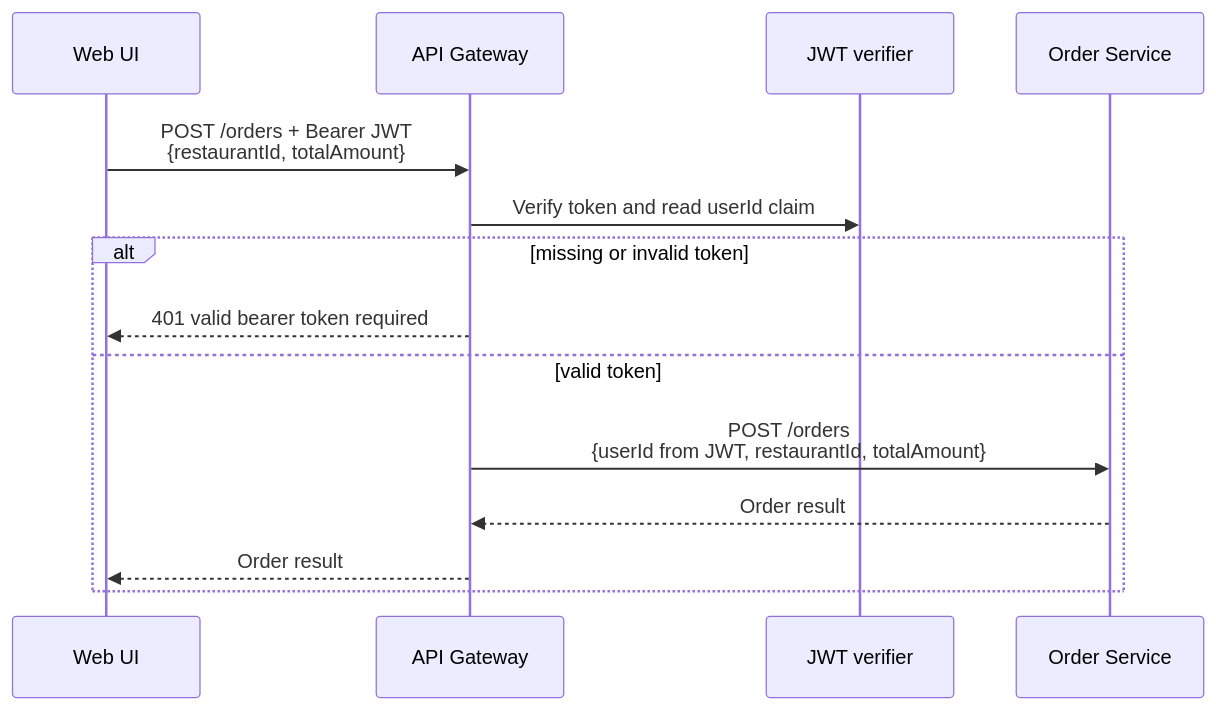
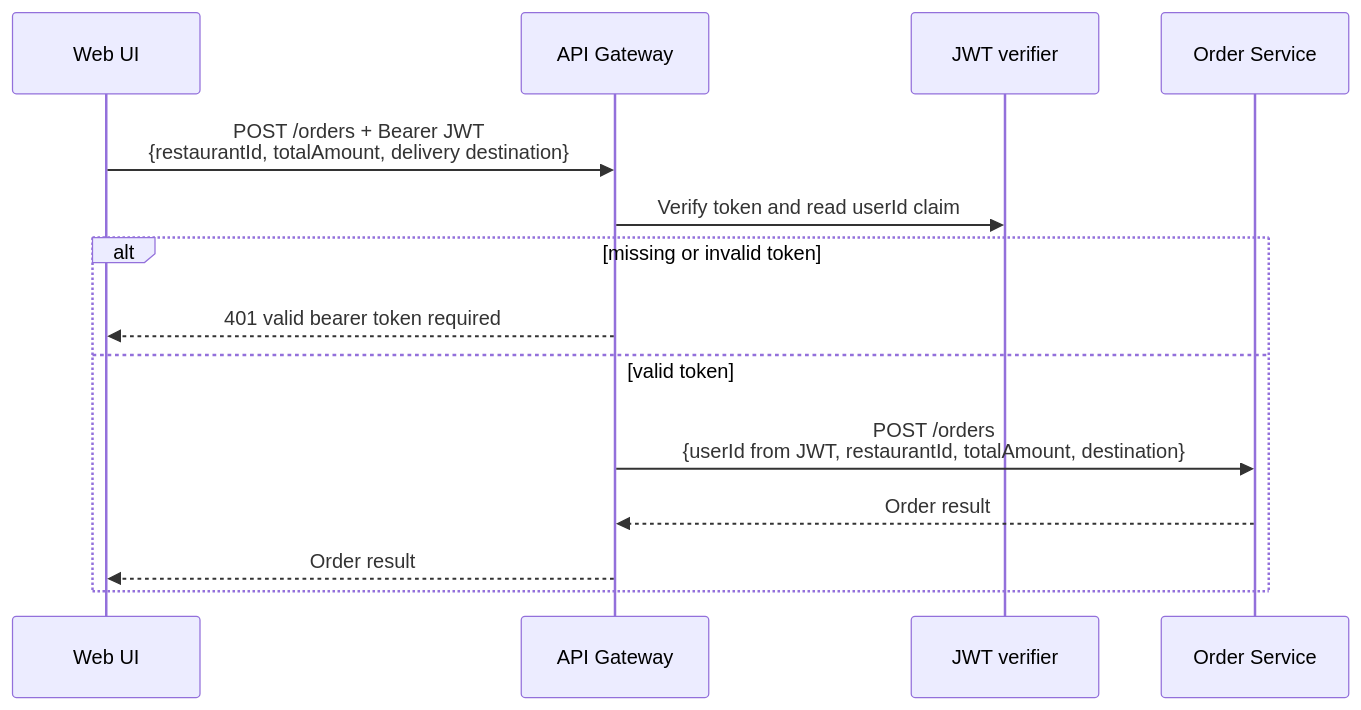
Before and after one commit to Pankil-Mevada/FoodService: the first of 8 diagrams in docs/SEQUENCE_DIAGRAMS.md, drawn with Mermaid. The commit also changed other lines of this file and 3 other files, not shown here.

Commit message:
update delivery architecture and requirements

````diff
--- a/docs/SEQUENCE_DIAGRAMS.md
+++ b/docs/SEQUENCE_DIAGRAMS.md
@@ -8,16 +8,16 @@
 ```mermaid
 sequenceDiagram
     participant UI as Web UI
     participant GW as API Gateway
     participant JWT as JWT verifier
     participant Order as Order Service
-    UI->>GW: POST /orders + Bearer JWT<br/>{restaurantId, totalAmount}
+    UI->>GW: POST /orders + Bearer JWT<br/>{restaurantId, totalAmount, delivery destination}
     GW->>JWT: Verify token and read userId claim
     alt missing or invalid token
         GW-->>UI: 401 valid bearer token required
     else valid token
-        GW->>Order: POST /orders<br/>{userId from JWT, restaurantId, totalAmount}
+        GW->>Order: POST /orders<br/>{userId from JWT, restaurantId, totalAmount, destination}
         Order-->>GW: Order result
         GW-->>UI: Order result
     end
 ```
````
